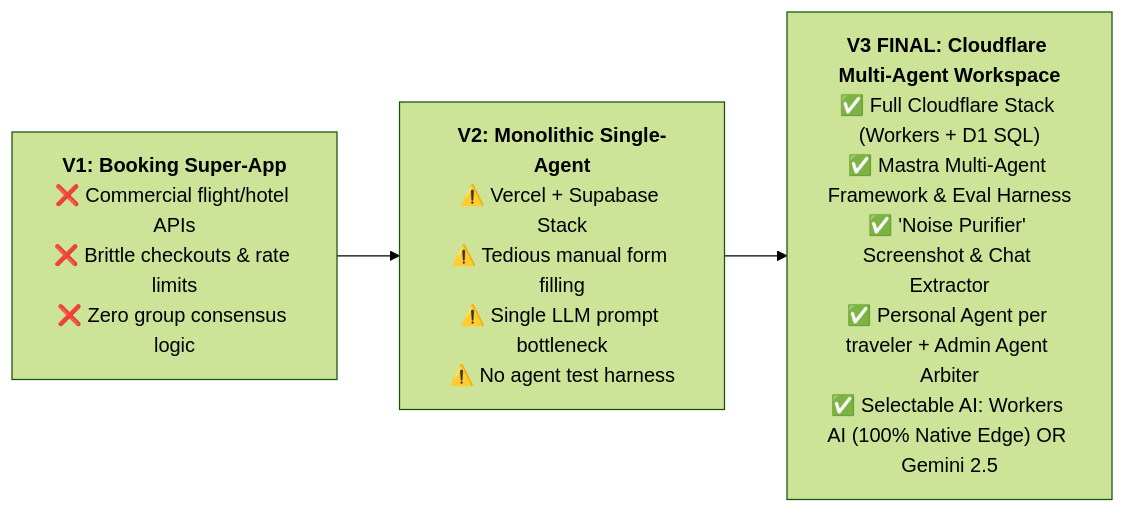
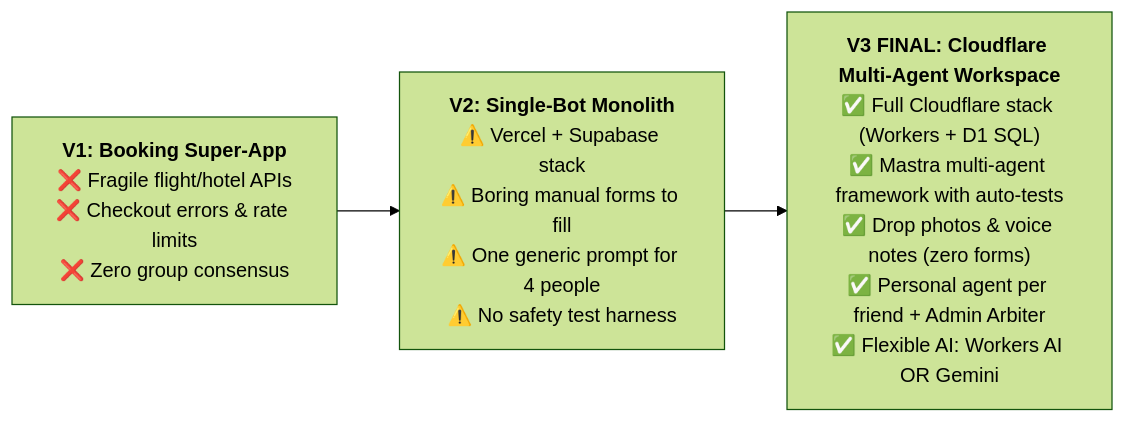
One commit to nlzce/We-are-the-champions_Plan-B changed the third of 21 diagrams in README.md. Above: the diagram before and after it, drawn with Mermaid (forest theme). The commit also changed other lines of this file, not shown here.

````diff
--- a/README.md
+++ b/README.md
@@ -129,6 +129,6 @@
 ```mermaid
 flowchart LR
-  V1["<b>V1: Booking Super-App</b><br/>❌ Commercial flight/hotel APIs<br/>❌ Brittle checkouts & rate limits<br/>❌ Zero group consensus logic"] --> V2["<b>V2: Monolithic Single-Agent</b><br/>⚠️ Vercel + Supabase Stack<br/>⚠️ Tedious manual form filling<br/>⚠️ Single LLM prompt bottleneck<br/>⚠️ No agent test harness"]
+  V1["<b>V1: Booking Super-App</b><br/>❌ Fragile flight/hotel APIs<br/>❌ Checkout errors & rate limits<br/>❌ Zero group consensus"] --> V2["<b>V2: Single-Bot Monolith</b><br/>⚠️ Vercel + Supabase stack<br/>⚠️ Boring manual forms to fill<br/>⚠️ One generic prompt for 4 people<br/>⚠️ No safety test harness"]
 
-  V2 --> V3["<b>V3 FINAL: Cloudflare Multi-Agent Workspace</b><br/>✅ Full Cloudflare Stack (Workers + D1 SQL)<br/>✅ Mastra Multi-Agent Framework & Eval Harness<br/>✅ 'Noise Purifier' Screenshot & Chat Extractor<br/>✅ Personal Agent per traveler + Admin Agent Arbiter<br/>✅ Selectable AI: Workers AI (100% Native Edge) OR Gemini 2.5"]
+  V2 --> V3["<b>V3 FINAL: Cloudflare Multi-Agent Workspace</b><br/>✅ Full Cloudflare stack (Workers + D1 SQL)<br/>✅ Mastra multi-agent framework with auto-tests<br/>✅ Drop photos & voice notes (zero forms)<br/>✅ Personal agent per friend + Admin Arbiter<br/>✅ Flexible AI: Workers AI OR Gemini"]
 ```
````
